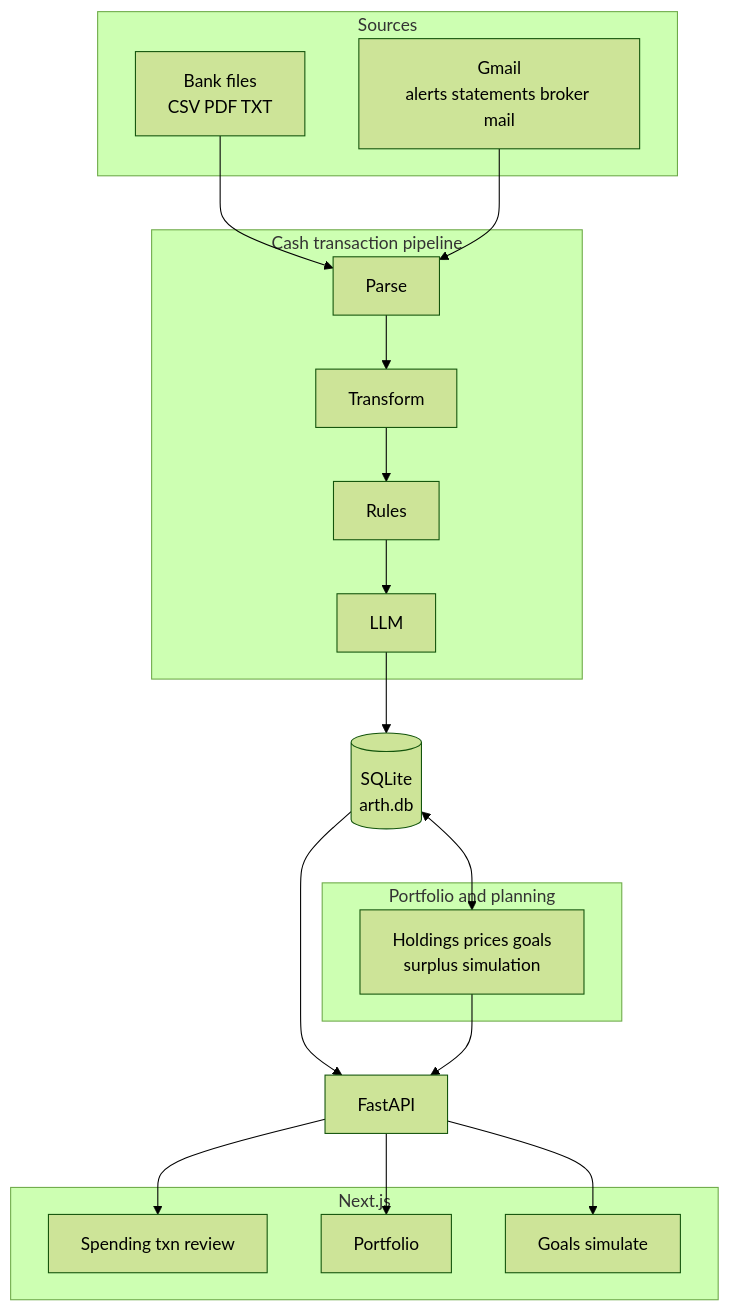
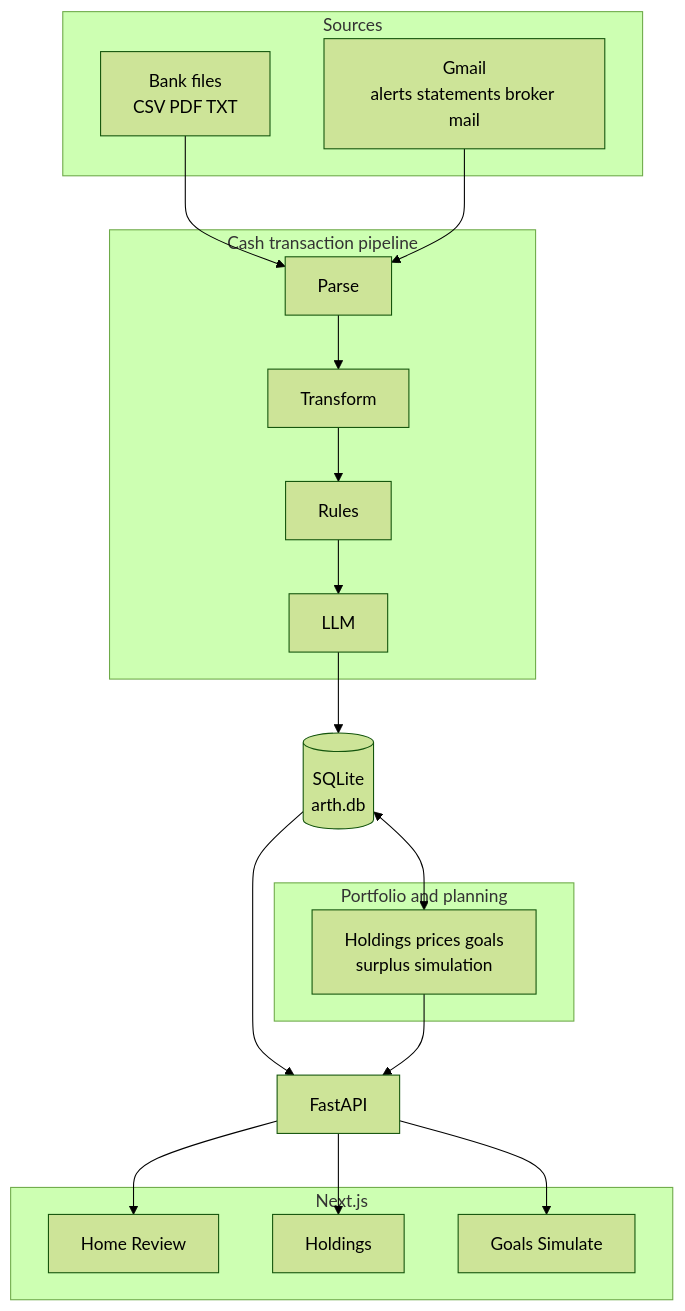
Before and after one commit to kupsas/arth: the diagram in README.md, drawn with Mermaid (forest theme). The commit also changed other lines of this file and 68 other files, not shown here.

````diff
--- a/README.md
+++ b/README.md
@@ -58,41 +62,41 @@
 ```mermaid
 flowchart TB
     subgraph sources [Sources]
         files["Bank files\nCSV PDF TXT"]
         gmail["Gmail\nalerts statements broker mail"]
     end
 
     subgraph cashPipeline [Cash transaction pipeline]
         p1[Parse]
         p2[Transform]
         p3[Rules]
         p4[LLM]
         p1 --> p2 --> p3 --> p4
     end
 
     subgraph planning [Portfolio and planning]
         svc["Holdings prices goals\nsurplus simulation"]
     end
 
     arthDb[("SQLite\narth.db")]
 
     files --> p1
     gmail --> p1
     p4 --> arthDb
 
     arthDb <--> svc
 
     api[FastAPI]
     arthDb --> api
     svc --> api
 
     subgraph web [Next.js]
-        w1["Spending txn review"]
-        w2["Portfolio"]
-        w3["Goals simulate"]
+        w1["Home Review"]
+        w2["Holdings"]
+        w3["Goals Simulate"]
     end
 
     api --> w1
     api --> w2
     api --> w3
 ```
````
